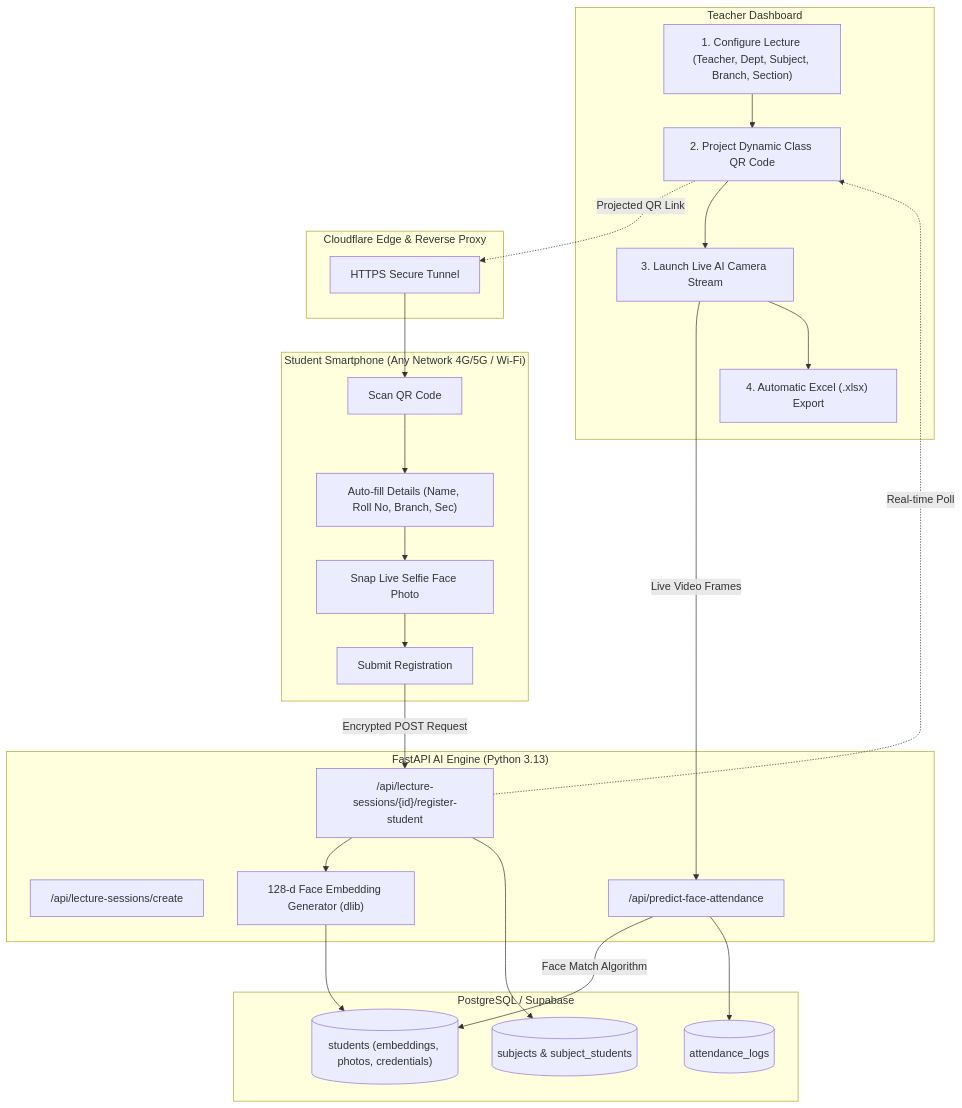
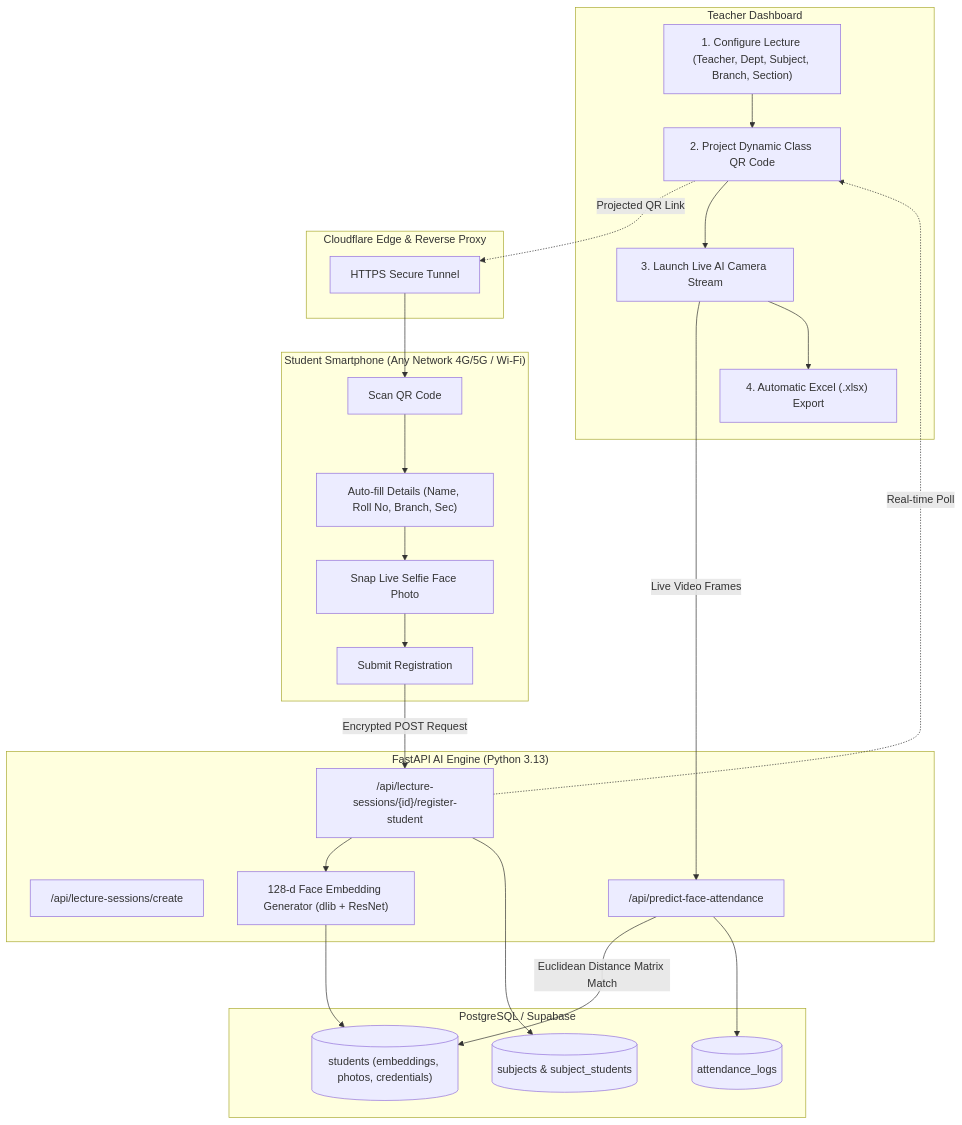
The diagram in README.md (sandeepsagar18/snap_class_AI_system), drawn with Mermaid before and after one commit. The commit also changed other lines of this file, not shown here.

Commit message:
docs: update README with detailed AI math, live telemetry HUD docs, and updated architecture

````diff
--- a/README.md
+++ b/README.md
@@ -48,48 +52,48 @@
 ```mermaid
 flowchart TD
     subgraph Teacher["Teacher Dashboard"]
         T1["1. Configure Lecture (Teacher, Dept, Subject, Branch, Section)"]
         T2["2. Project Dynamic Class QR Code"]
         T3["3. Launch Live AI Camera Stream"]
         T4["4. Automatic Excel (.xlsx) Export"]
     end
 
     subgraph Student["Student Smartphone (Any Network 4G/5G / Wi-Fi)"]
         S1["Scan QR Code"]
         S2["Auto-fill Details (Name, Roll No, Branch, Sec)"]
         S3["Snap Live Selfie Face Photo"]
         S4["Submit Registration"]
     end
 
     subgraph Cloud["Cloudflare Edge & Reverse Proxy"]
         CF["HTTPS Secure Tunnel"]
     end
 
     subgraph Backend["FastAPI AI Engine (Python 3.13)"]
         B1["/api/lecture-sessions/create"]
         B2["/api/lecture-sessions/{id}/register-student"]
-        B3["128-d Face Embedding Generator (dlib)"]
+        B3["128-d Face Embedding Generator (dlib + ResNet)"]
         B4["/api/predict-face-attendance"]
     end
 
     subgraph Database["PostgreSQL / Supabase"]
         DB1[("students (embeddings, photos, credentials)")]
         DB2[("subjects & subject_students")]
         DB3[("attendance_logs")]
     end
 
     T1 --> T2
     T2 -.->|Projected QR Link| CF
     CF --> S1
     S1 --> S2 --> S3 --> S4
     S4 -->|Encrypted POST Request| B2
     B2 --> B3
     B3 --> DB1
     B2 --> DB2
     B2 -.->|Real-time Poll| T2
     T2 --> T3
     T3 -->|Live Video Frames| B4
-    B4 -->|Face Match Algorithm| DB1
+    B4 -->|Euclidean Distance Matrix Match| DB1
     B4 --> DB3
     T3 --> T4
 ```
````
